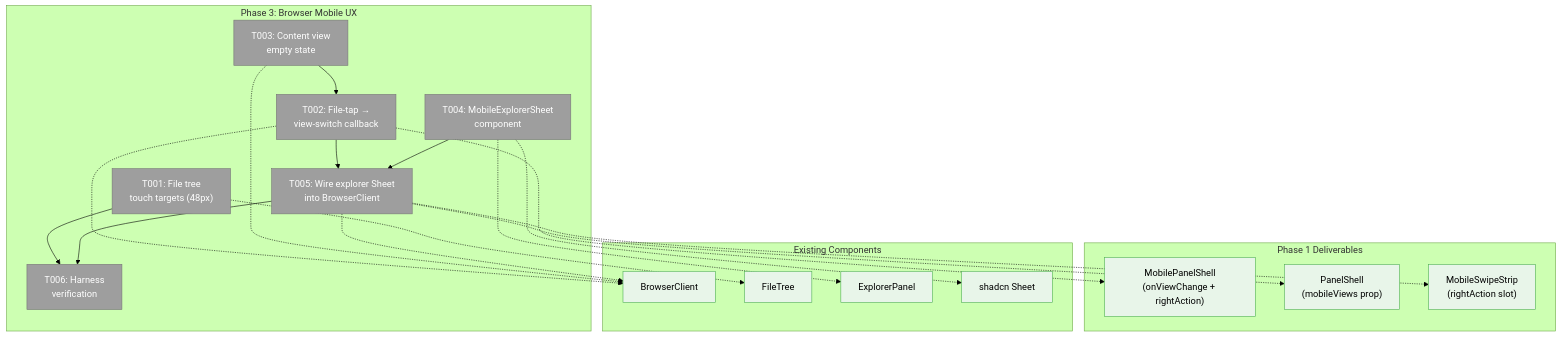
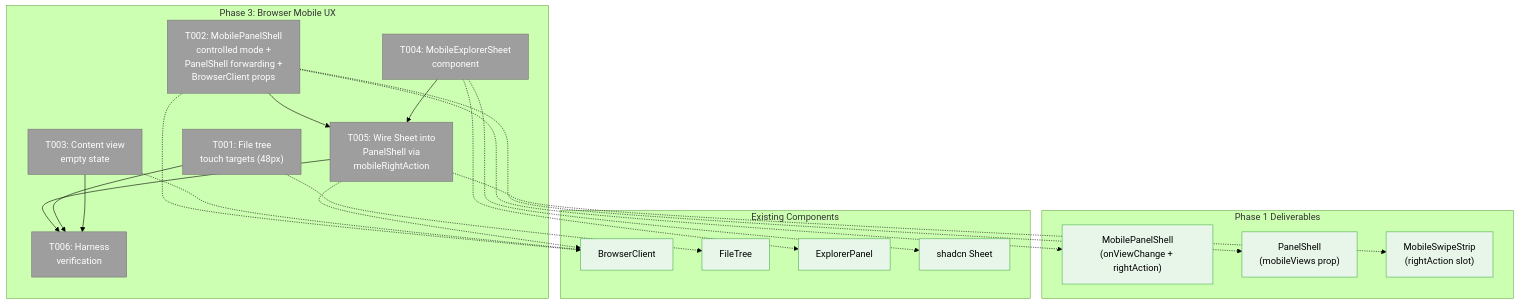
One commit to AI-Substrate/chainglass changed the first of 3 diagrams in docs/plans/078-mobile-experience/tasks/phase-3-browser-mobile-ux/tasks.md. Above: the diagram before and after it, drawn with Mermaid (forest theme). The commit also changed other lines of this file and 5 other files, not shown here.

First line of the commit message:
078: FX001 deduplicate BrowserClient JSX + glassmorphism strip

````diff
--- a/docs/plans/078-mobile-experience/tasks/phase-3-browser-mobile-ux/tasks.md
+++ b/docs/plans/078-mobile-experience/tasks/phase-3-browser-mobile-ux/tasks.md
@@ -101,43 +111,43 @@
 ```mermaid
 flowchart TD
     classDef pending fill:#9E9E9E,stroke:#757575,color:#fff
     classDef existing fill:#E8F5E9,stroke:#4CAF50,color:#000
 
     subgraph Phase3["Phase 3: Browser Mobile UX"]
         T001["T001: File tree<br/>touch targets (48px)"]:::pending
-        T002["T002: File-tap →<br/>view-switch callback"]:::pending
+        T002["T002: MobilePanelShell<br/>controlled mode +<br/>PanelShell forwarding +<br/>BrowserClient props"]:::pending
         T003["T003: Content view<br/>empty state"]:::pending
         T004["T004: MobileExplorerSheet<br/>component"]:::pending
-        T005["T005: Wire explorer Sheet<br/>into BrowserClient"]:::pending
+        T005["T005: Wire Sheet into<br/>PanelShell via<br/>mobileRightAction"]:::pending
         T006["T006: Harness<br/>verification"]:::pending
 
-        T001 --> T006
-        T003 --> T002
         T002 --> T005
         T004 --> T005
         T005 --> T006
+        T001 --> T006
+        T003 --> T006
     end
 
     subgraph Phase1["Phase 1 Deliverables"]
         MPS["MobilePanelShell<br/>(onViewChange + rightAction)"]:::existing
         PS["PanelShell<br/>(mobileViews prop)"]:::existing
         MSS["MobileSwipeStrip<br/>(rightAction slot)"]:::existing
     end
 
     subgraph Existing["Existing Components"]
         BC["BrowserClient"]:::existing
         FT["FileTree"]:::existing
         EP["ExplorerPanel"]:::existing
         SH["shadcn Sheet"]:::existing
     end
 
     T001 -.-> FT
+    T002 -.-> MPS
+    T002 -.-> PS
     T002 -.-> BC
-    T002 -.-> MPS
     T003 -.-> BC
     T004 -.-> EP
     T004 -.-> SH
     T005 -.-> BC
-    T005 -.-> PS
     T005 -.-> MSS
 ```
````
